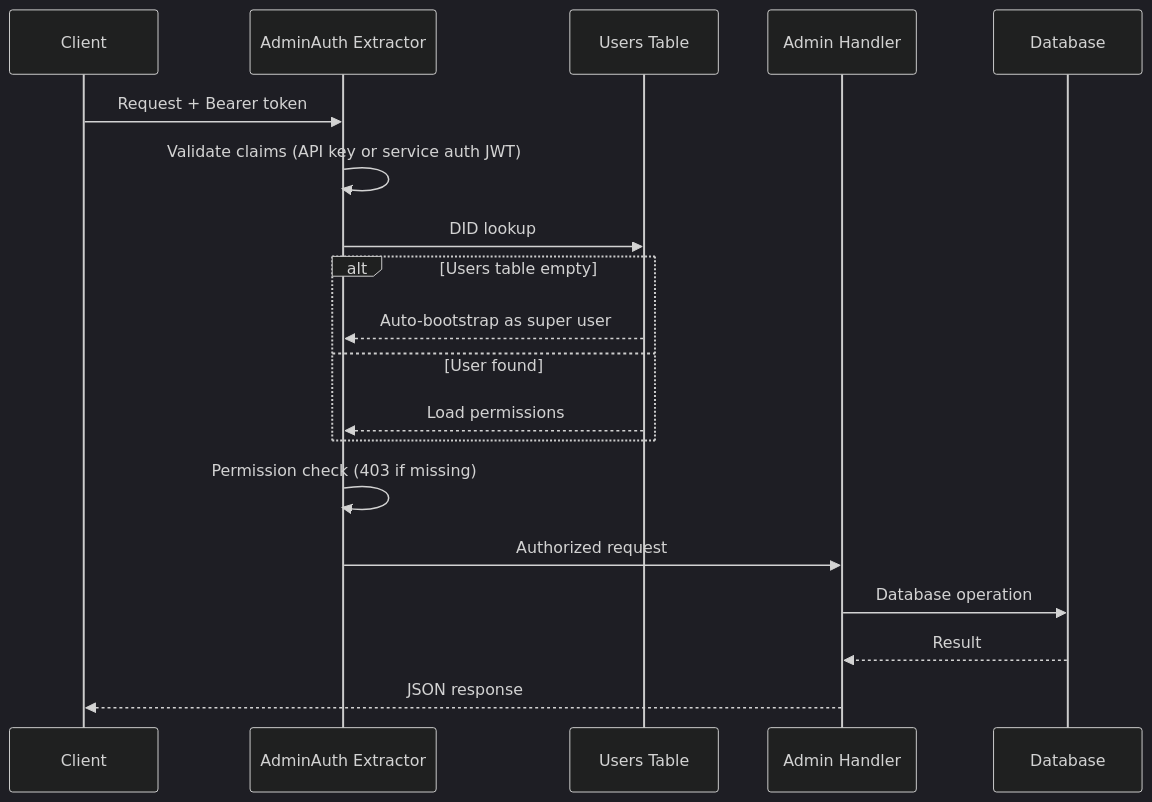
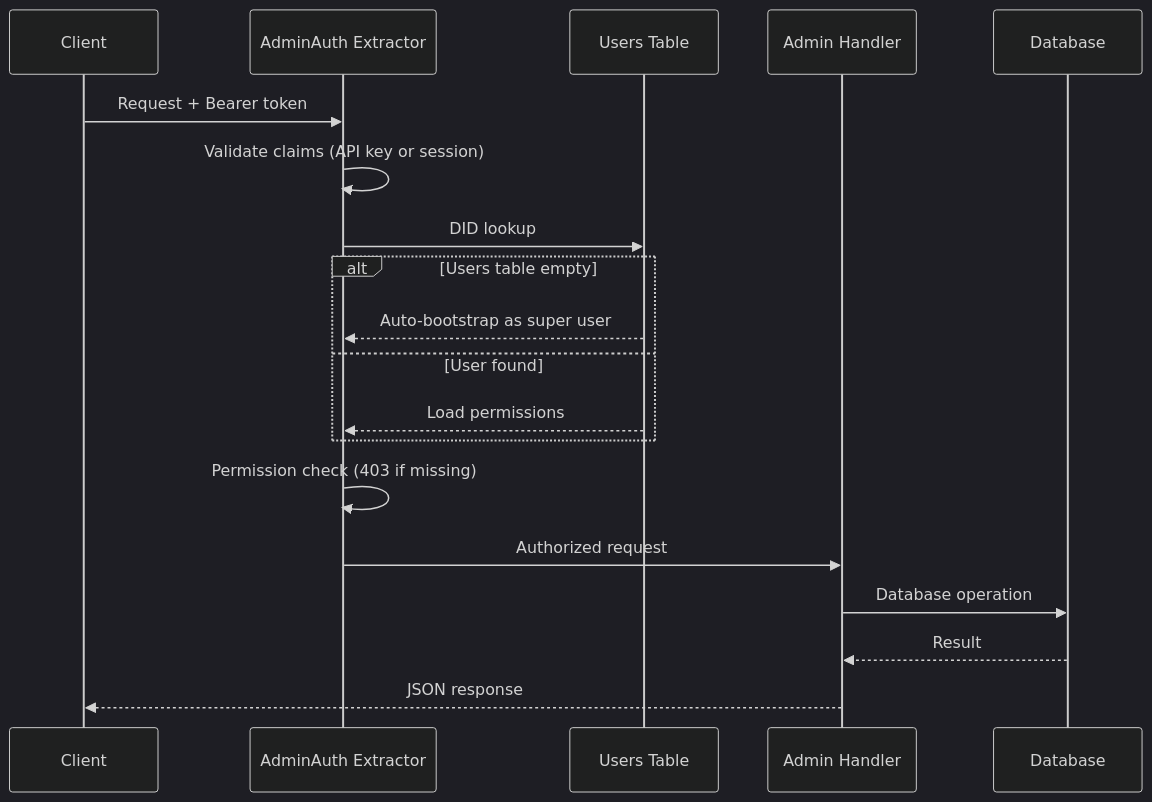
Before and after one commit to happyproto/happyview-docs-legacy: the fourth of 6 diagrams in content/docs/reference/architecture.md, drawn with Mermaid (dark theme). The commit also changed 3 other files, not shown here.

Commit message:
docs(auth): service auth JWTs must name the called method, and the admin API takes API keys or sessions

````diff
--- a/content/docs/reference/architecture.md
+++ b/content/docs/reference/architecture.md
@@ -96,22 +96,22 @@
 ```mermaid
 sequenceDiagram
     participant C as Client
     participant A as AdminAuth Extractor
     participant U as Users Table
     participant H as Admin Handler
     participant D as Database
 
     C->>A: Request + Bearer token
-    A->>A: Validate claims (API key or service auth JWT)
+    A->>A: Validate claims (API key or session)
     A->>U: DID lookup
     alt Users table empty
         U-->>A: Auto-bootstrap as super user
     else User found
         U-->>A: Load permissions
     end
     A->>A: Permission check (403 if missing)
     A->>H: Authorized request
     H->>D: Database operation
     D-->>H: Result
     H-->>C: JSON response
 ```
````
